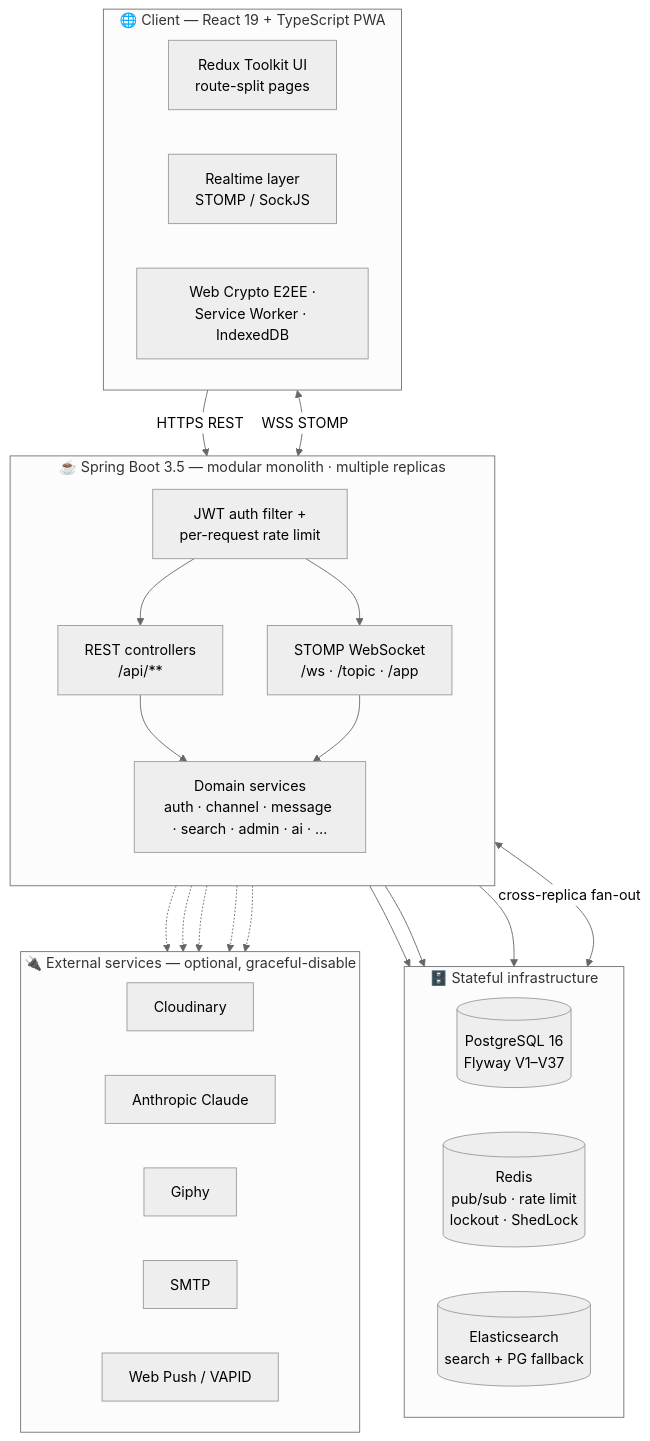
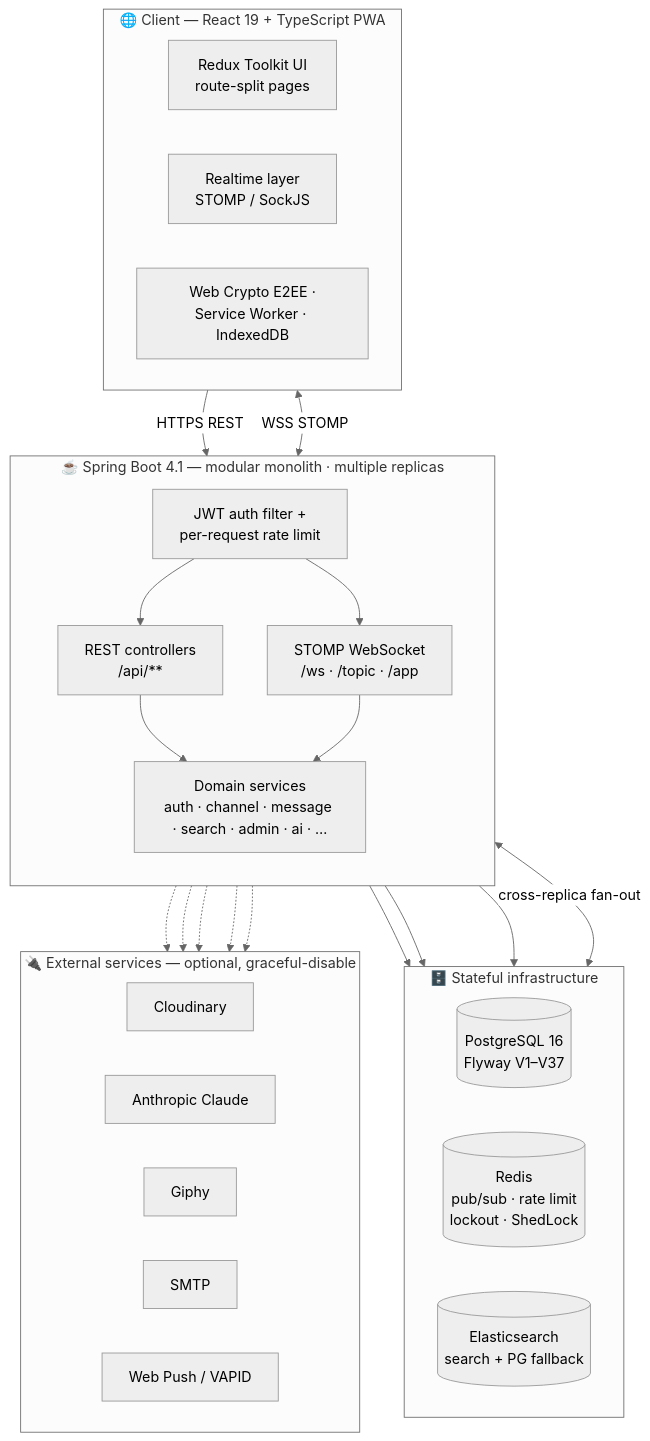
One commit to YusufKosarDev/ripplechat changed the diagram in README.md. Above: the diagram before and after it, drawn with Mermaid (neutral theme). The commit also changed other lines of this file and 1 other file, not shown here.

First line of the commit message:
docs: correct the Spring Boot version and align the documented dev ports

````diff
--- a/README.md
+++ b/README.md
@@ -199,43 +199,43 @@
 ```mermaid
 flowchart TB
     subgraph Client["🌐 Client — React 19 + TypeScript PWA"]
         direction LR
         UI["Redux Toolkit UI<br/>route-split pages"]
         RT["Realtime layer<br/>STOMP / SockJS"]
         SEC["Web Crypto E2EE ·<br/>Service Worker · IndexedDB"]
     end
 
-    subgraph Backend["☕ Spring Boot 3.5 — modular monolith · multiple replicas"]
+    subgraph Backend["☕ Spring Boot 4.1 — modular monolith · multiple replicas"]
         direction TB
         JWT["JWT auth filter +<br/>per-request rate limit"]
         REST["REST controllers<br/>/api/**"]
         WS["STOMP WebSocket<br/>/ws · /topic · /app"]
         SVC["Domain services<br/>auth · channel · message · search · admin · ai · …"]
         JWT --> REST --> SVC
         JWT --> WS --> SVC
     end
 
     subgraph Data["🗄️ Stateful infrastructure"]
         direction LR
         PG[("PostgreSQL 16<br/>Flyway V1–V37")]
         RD[("Redis<br/>pub/sub · rate limit<br/>lockout · ShedLock")]
         ES[("Elasticsearch<br/>search + PG fallback")]
     end
 
     subgraph Ext["🔌 External services — optional, graceful-disable"]
         direction LR
         CL["Cloudinary"]
         AN["Anthropic Claude"]
         GF["Giphy"]
         SM["SMTP"]
         VP["Web Push / VAPID"]
     end
 
     UI -->|HTTPS REST| REST
     RT <-->|WSS STOMP| WS
     SVC --> PG
     SVC --> ES
     SVC --> RD
     WS <-->|cross-replica fan-out| RD
     SVC -.-> CL & AN & GF & SM & VP
 ```
````
